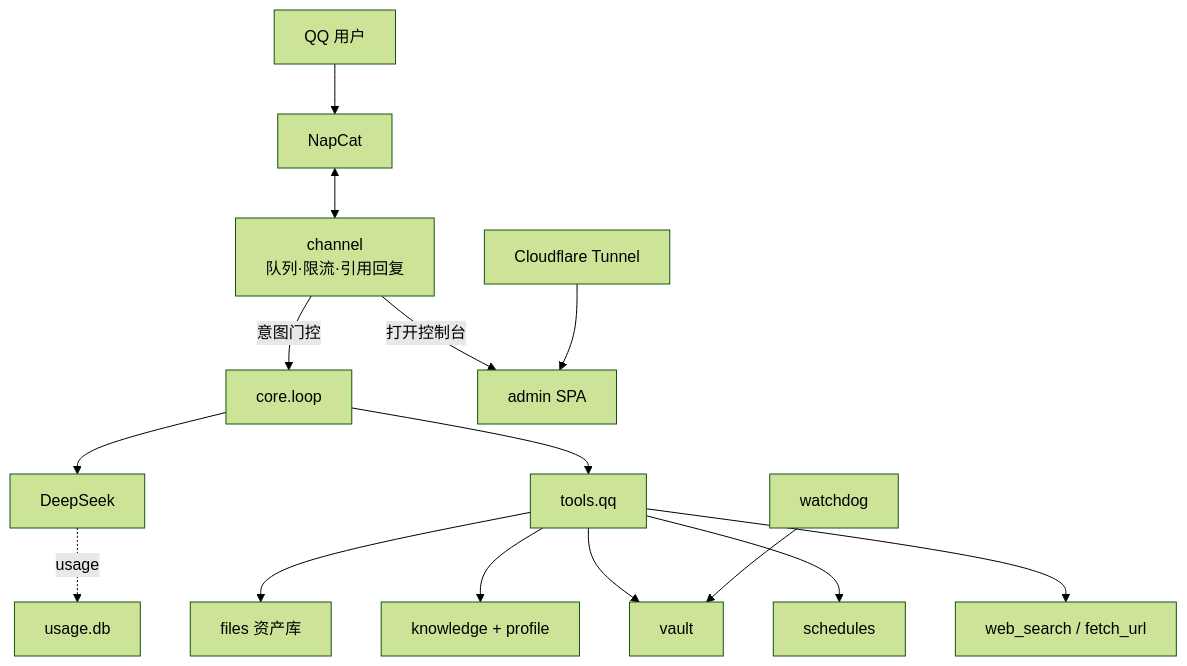
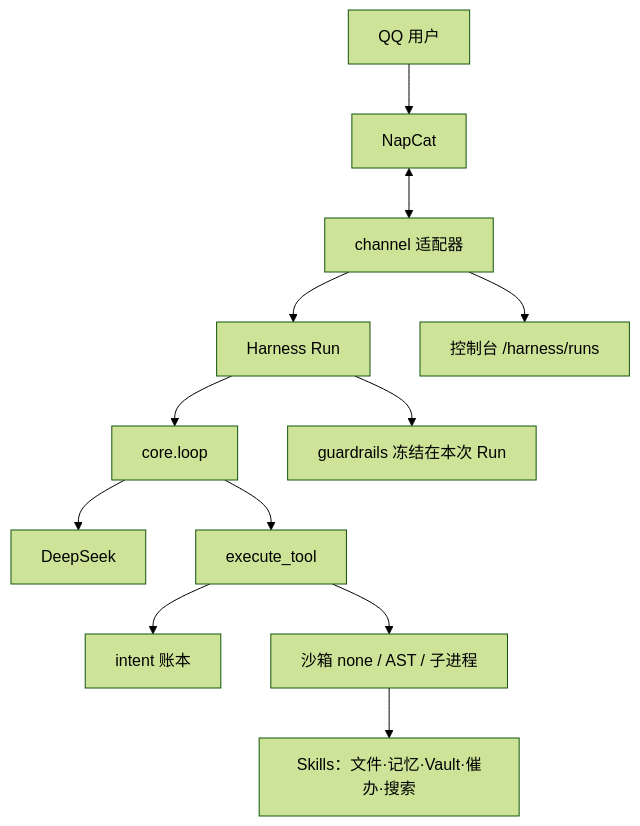
One commit to Covertrick/Tiny-Claude-Code changed the diagram in README.md. Above: the diagram before and after it, drawn with Mermaid (forest theme). The commit also changed other lines of this file and 44 other files, not shown here.

````diff
--- a/README.md
+++ b/README.md
@@ -55,17 +52,14 @@
 ```mermaid
 flowchart TB
   QQ[QQ 用户] --> NC[NapCat]
-  NC <--> CH[channel<br/>队列·限流·引用回复]
-  CH -->|意图门控| LOOP[core.loop]
+  NC <--> CH[channel 适配器]
+  CH --> RUN[Harness Run]
+  RUN --> LOOP[core.loop]
   LOOP --> LLM[DeepSeek]
-  LOOP --> T[tools.qq]
-  T --> F[files 资产库]
-  T --> K[knowledge + profile]
-  T --> V[vault]
-  T --> S[schedules]
-  T --> WSearch[web_search / fetch_url]
-  W[watchdog] --> V
-  CH -->|打开控制台| AD[admin SPA]
-  CF[Cloudflare Tunnel] --> AD
-  LLM -.->|usage| U[usage.db]
+  LOOP --> EX[execute_tool]
+  EX --> LEDGER[intent 账本]
+  EX --> SB[沙箱 none / AST / 子进程]
+  SB --> SK[Skills：文件·记忆·Vault·催办·搜索]
+  RUN --> GR[guardrails 冻结在本次 Run]
+  CH --> AD[控制台 /harness/runs]
 ```
````
